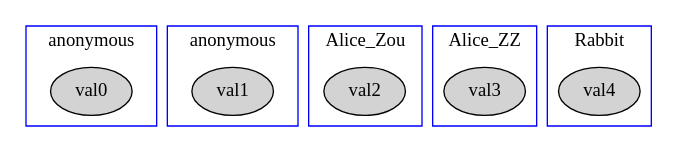
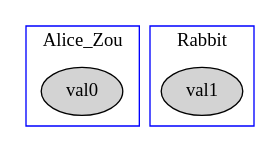
The diagram in vis.gv (mikecafarella/KNP), drawn with Graphviz before and after one commit. The commit also changed 5 other files, not shown here.

```diff
--- a/vis.gv
+++ b/vis.gv
@@ -1,32 +1,14 @@
 digraph G {
 subgraph clusterusr_0_ {
 node [style=filled];
 color=blue;
-label=anonymous;
+label=Alice_Zou;
 val0;
 }
 subgraph clusterusr_1_ {
 node [style=filled];
 color=blue;
-label=anonymous;
+label=Rabbit;
 val1;
 }
-subgraph clusterusr_2_ {
-node [style=filled];
-color=blue;
-label=Alice_Zou;
-val2;
 }
-subgraph clusterusr_3_ {
-node [style=filled];
-color=blue;
-label=Alice_ZZ;
-val3;
-}
-subgraph clusterusr_4_ {
-node [style=filled];
-color=blue;
-label=Rabbit;
-val4;
-}
-}
```
